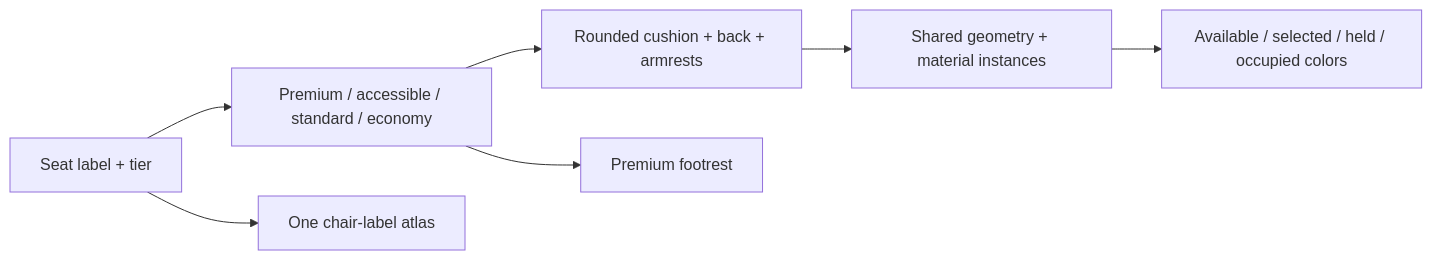
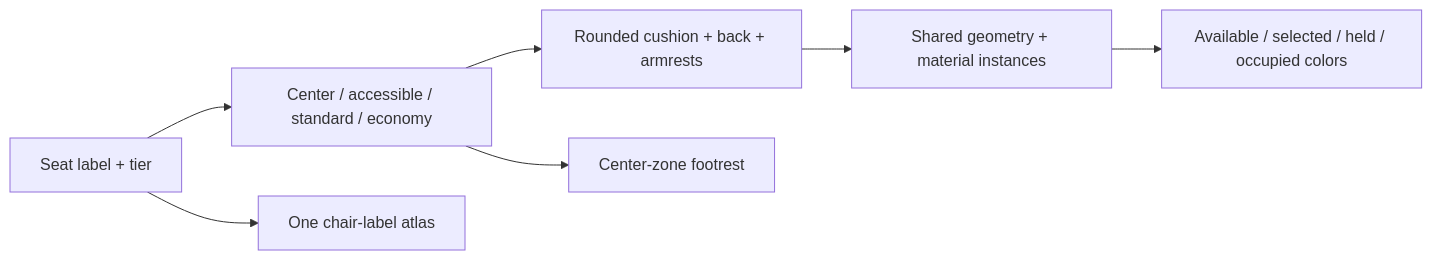
One commit to Gautam215/Music-and-Movies-show changed the third of 9 diagrams in README.md. Above: the diagram before and after it, drawn with Mermaid. The commit also changed other lines of this file and 11 other files, not shown here.

````diff
--- a/README.md
+++ b/README.md
@@ -87,9 +89,9 @@
 ```mermaid
 flowchart LR
-    labels["Seat label + tier"] --> zone["Premium / accessible / standard / economy"]
+    labels["Seat label + tier"] --> zone["Center / accessible / standard / economy"]
     zone --> geometry["Rounded cushion + back + armrests"]
-    zone --> footrest["Premium footrest"]
+    zone --> footrest["Center-zone footrest"]
     geometry --> instances["Shared geometry + material instances"]
     instances --> state["Available / selected / held / occupied colors"]
     labels --> atlas["One chair-label atlas"]
 ```
````
